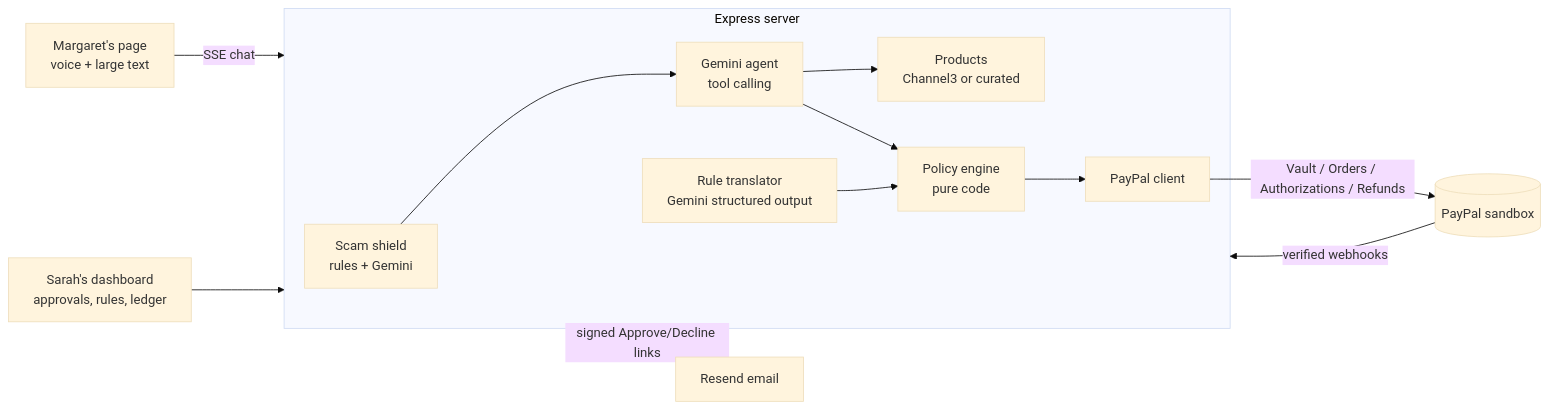
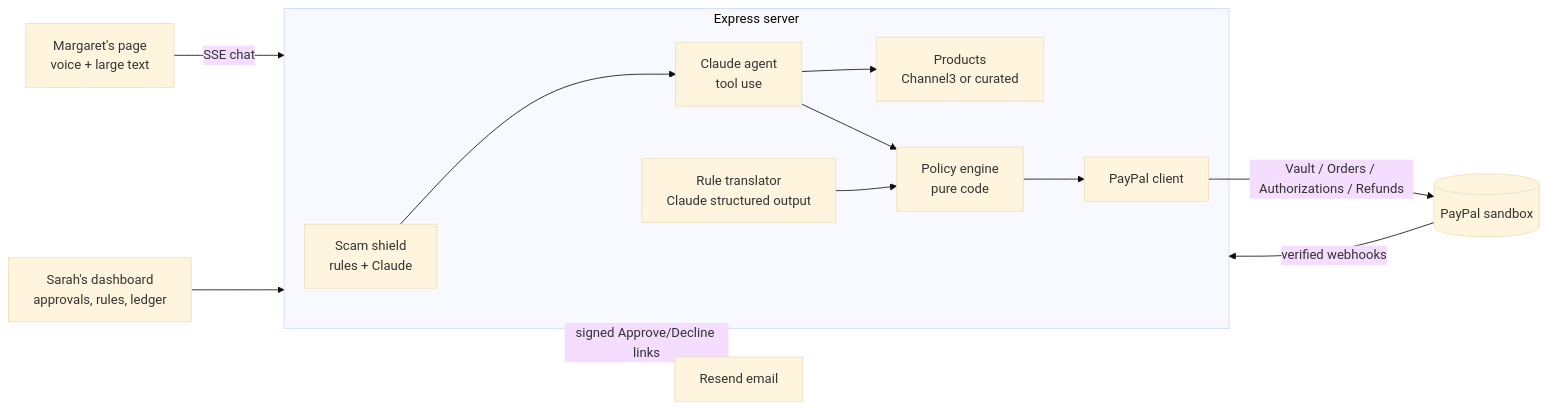
Before and after one commit to Shaswati2005/guardian-cart: the diagram in README.md, drawn with Mermaid (base theme). The commit also changed other lines of this file and 19 other files, not shown here.

First line of the commit message:
Switch the AI layer from Google Gemini to Claude

````diff
--- a/README.md
+++ b/README.md
@@ -75,15 +75,15 @@
 ```mermaid
 flowchart LR
   M[Margaret's page<br/>voice + large text] -- SSE chat --> API
   S[Sarah's dashboard<br/>approvals, rules, ledger] --> API
   subgraph API[Express server]
-    SC[Scam shield<br/>rules + Gemini] --> AG[Gemini agent<br/>tool calling]
+    SC[Scam shield<br/>rules + Claude] --> AG[Claude agent<br/>tool use]
     AG --> PR[Products<br/>Channel3 or curated]
     AG --> PE[Policy engine<br/>pure code]
     PE --> PP[PayPal client]
-    RC[Rule translator<br/>Gemini structured output] --> PE
+    RC[Rule translator<br/>Claude structured output] --> PE
   end
   PP -- Vault / Orders / Authorizations / Refunds --> PAYPAL[(PayPal sandbox)]
   PAYPAL -- verified webhooks --> API
   API -- signed Approve/Decline links --> EMAIL[Resend email]
 ```
````
